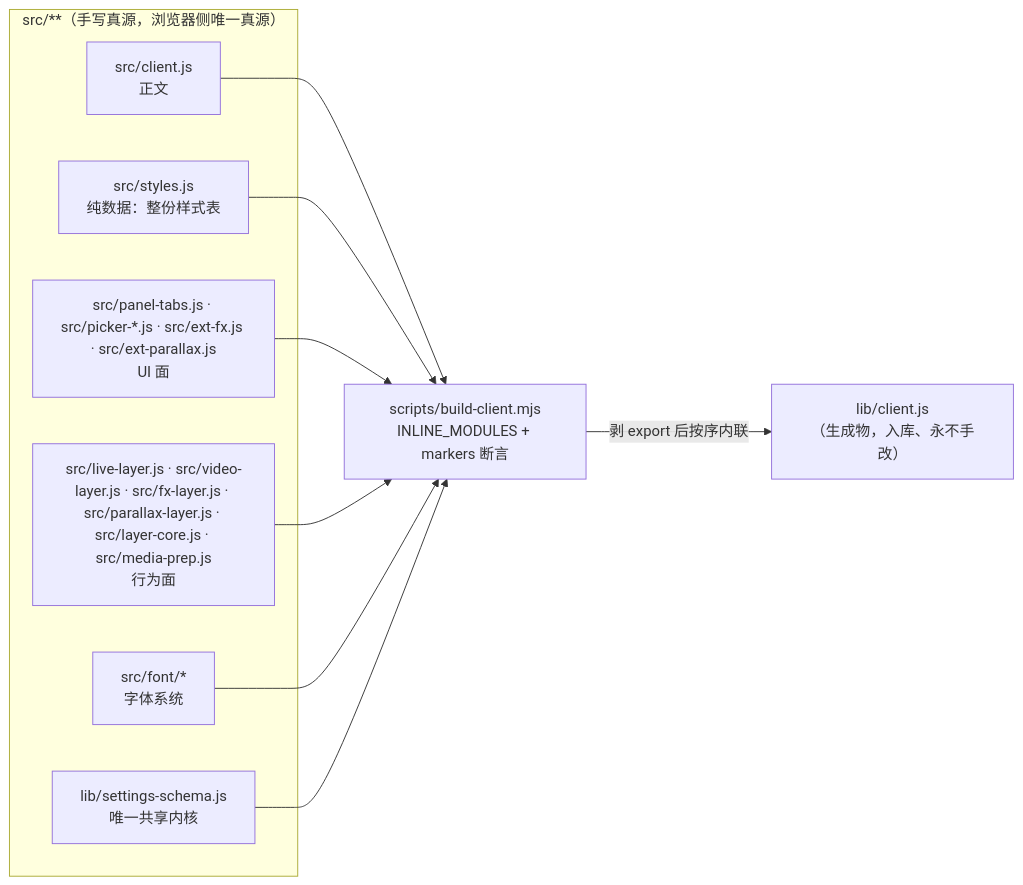
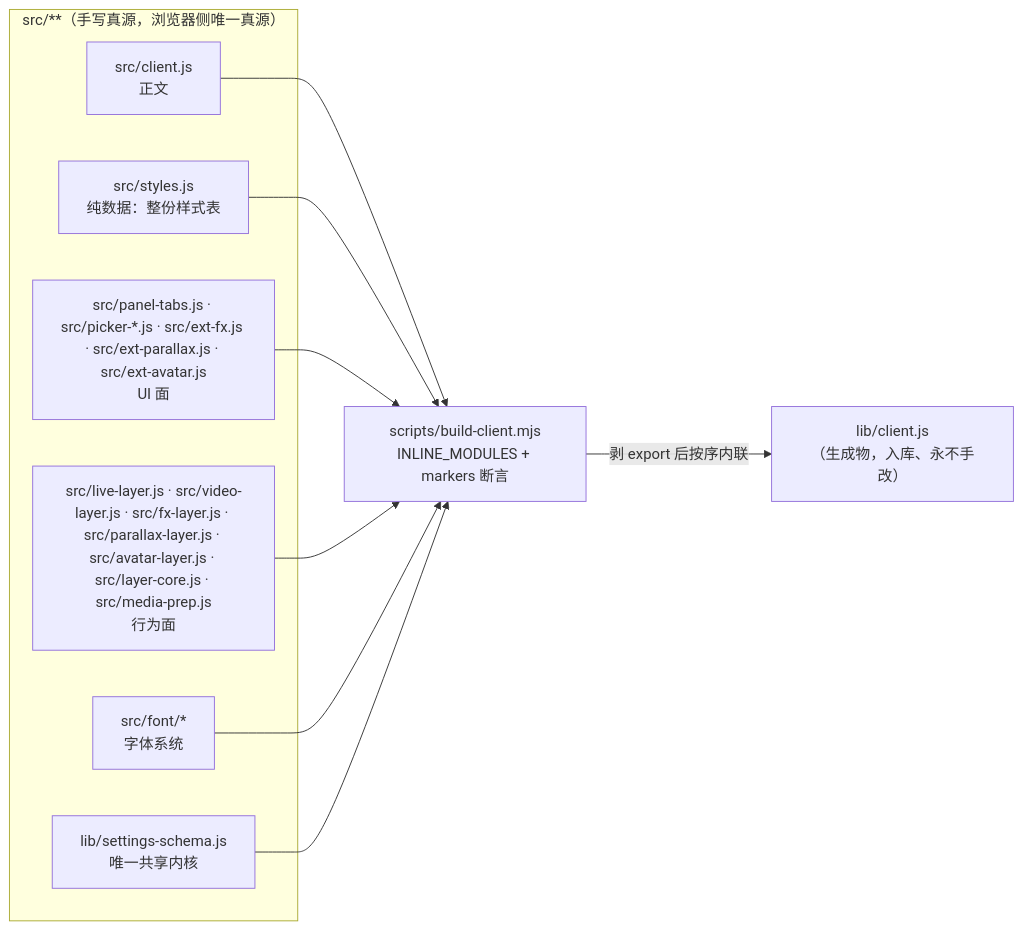
One commit to YV3507/dsh-wallpaper-engine changed the fourth of 5 diagrams in docs/CODE-STRUCTURE.md. Above: the diagram before and after it, drawn with Mermaid. The commit also changed other lines of this file and 21 other files, not shown here.

````diff
--- a/docs/CODE-STRUCTURE.md
+++ b/docs/CODE-STRUCTURE.md
@@ -170,18 +170,18 @@
 ```mermaid
 graph LR
     subgraph SRC["src/**（手写真源，浏览器侧唯一真源）"]
         C["src/client.js<br/>正文"]
         A["src/styles.js<br/>纯数据：整份样式表"]
-        B["src/panel-tabs.js · src/picker-*.js · src/ext-fx.js · src/ext-parallax.js<br/>UI 面"]
-        D["src/live-layer.js · src/video-layer.js · src/fx-layer.js · src/parallax-layer.js · src/layer-core.js · src/media-prep.js<br/>行为面"]
+        B["src/panel-tabs.js · src/picker-*.js · src/ext-fx.js · src/ext-parallax.js · src/ext-avatar.js<br/>UI 面"]
+        D["src/live-layer.js · src/video-layer.js · src/fx-layer.js · src/parallax-layer.js · src/avatar-layer.js · src/layer-core.js · src/media-prep.js<br/>行为面"]
         E["src/font/*<br/>字体系统"]
         F["lib/settings-schema.js<br/>唯一共享内核"]
     end
     C --> BUILD["scripts/build-client.mjs<br/>INLINE_MODULES + markers 断言"]
     A --> BUILD
     B --> BUILD
     D --> BUILD
     E --> BUILD
     F --> BUILD
     BUILD -->|剥 export 后按序内联| OUT["lib/client.js<br/>（生成物，入库、永不手改）"]
 ```
````
